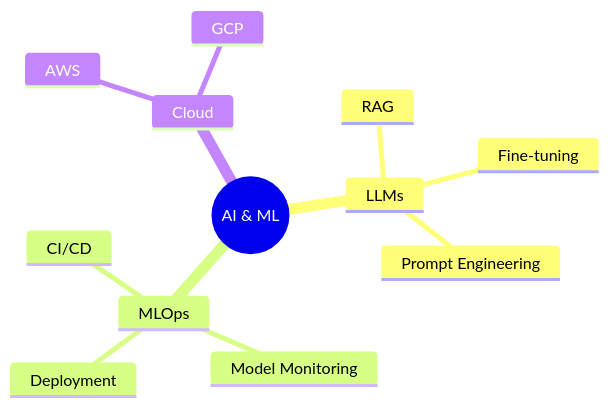
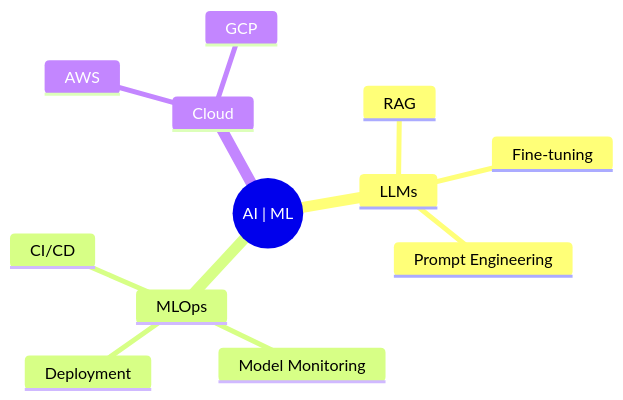
The diagram in README.md (Nishchaypat/nishchaypat), drawn with Mermaid before and after one commit.

````diff
--- a/README.md
+++ b/README.md
@@ -69,15 +69,15 @@
 ```mermaid
 mindmap
-  root((AI & ML))
+  root((AI | ML))
     LLMs
       RAG
       Fine-tuning
       Prompt Engineering
     MLOps
       CI/CD
       Model Monitoring
       Deployment
     Cloud
       AWS
       GCP
 ```
````
